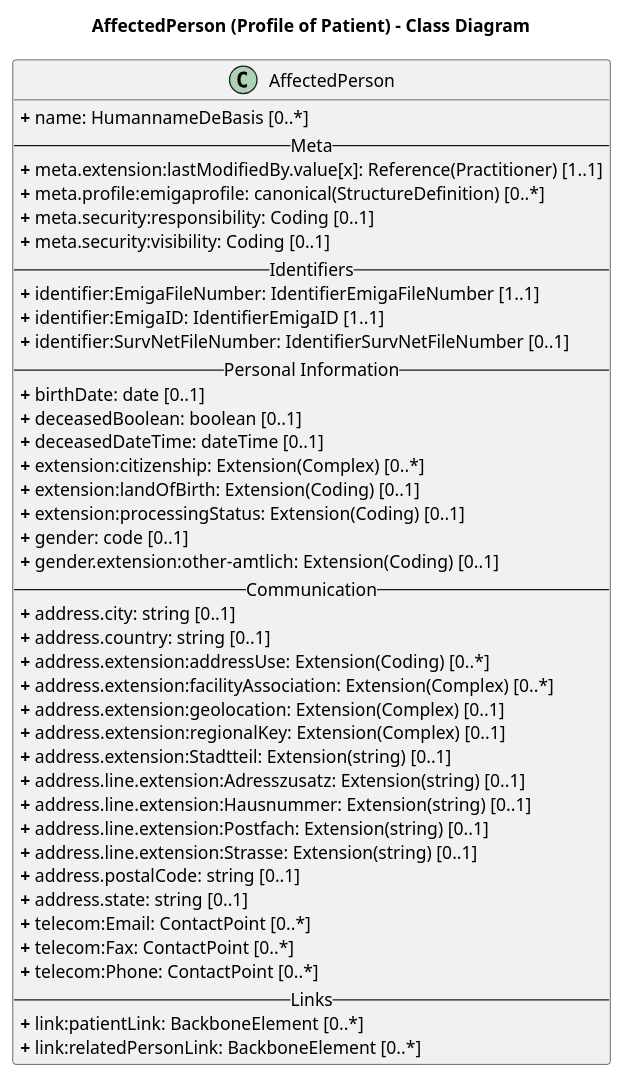
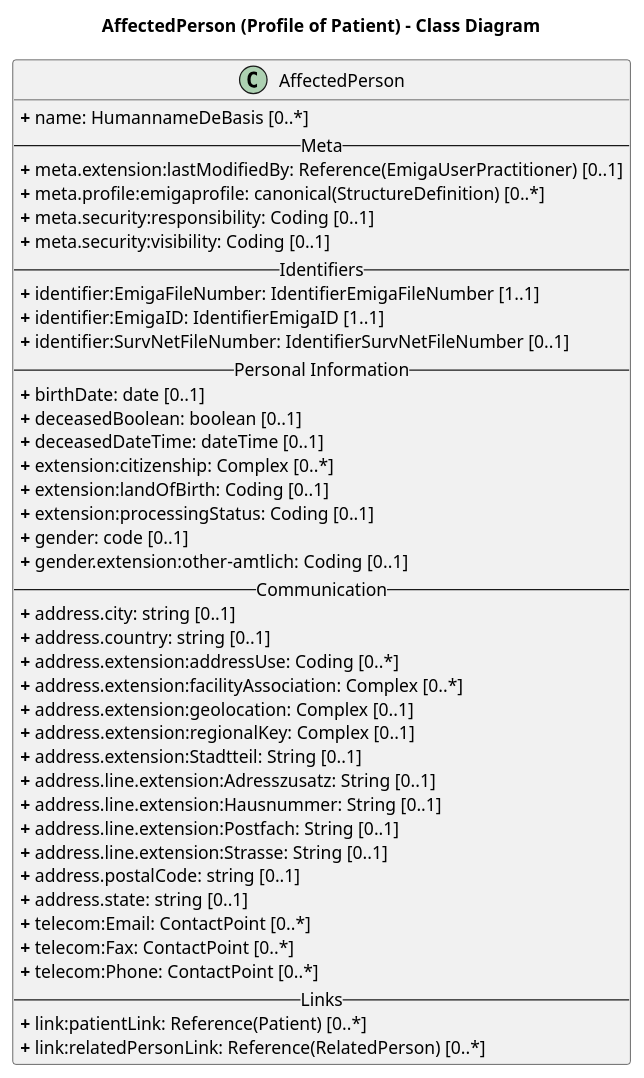
Before and after one commit to robert-koch-institut/rki.emiga.common: the diagram in rki.emiga.common/PlantUML/AffectedPerson.puml, drawn with PlantUML. The commit also changed 2 other files, not shown here.

```diff
--- a/rki.emiga.common/PlantUML/AffectedPerson.puml
+++ b/rki.emiga.common/PlantUML/AffectedPerson.puml
@@ -1,50 +1,50 @@
 @startuml
 skinparam linetype ortho
 
 title AffectedPerson (Profile of Patient) - Class Diagram
 
 ' Main Class
 class AffectedPerson{
 <b>+</b> name: HumannameDeBasis [0..*]
 -- Meta --
-<b>+</b> meta.extension:lastModifiedBy.value[x]: Reference(Practitioner) [1..1]
+<b>+</b> meta.extension:lastModifiedBy: Reference(EmigaUserPractitioner) [0..1]
 <b>+</b> meta.profile:emigaprofile: canonical(StructureDefinition) [0..*]
 <b>+</b> meta.security:responsibility: Coding [0..1]
 <b>+</b> meta.security:visibility: Coding [0..1]
 -- Identifiers --
 <b>+</b> identifier:EmigaFileNumber: IdentifierEmigaFileNumber [1..1]
 <b>+</b> identifier:EmigaID: IdentifierEmigaID [1..1]
 <b>+</b> identifier:SurvNetFileNumber: IdentifierSurvNetFileNumber [0..1]
 -- Personal Information --
 <b>+</b> birthDate: date [0..1]
 <b>+</b> deceasedBoolean: boolean [0..1]
 <b>+</b> deceasedDateTime: dateTime [0..1]
-<b>+</b> extension:citizenship: Extension(Complex) [0..*]
-<b>+</b> extension:landOfBirth: Extension(Coding) [0..1]
-<b>+</b> extension:processingStatus: Extension(Coding) [0..1]
+<b>+</b> extension:citizenship: Complex [0..*]
+<b>+</b> extension:landOfBirth: Coding [0..1]
+<b>+</b> extension:processingStatus: Coding [0..1]
 <b>+</b> gender: code [0..1]
-<b>+</b> gender.extension:other-amtlich: Extension(Coding) [0..1]
+<b>+</b> gender.extension:other-amtlich: Coding [0..1]
 -- Communication --
 <b>+</b> address.city: string [0..1]
 <b>+</b> address.country: string [0..1]
-<b>+</b> address.extension:addressUse: Extension(Coding) [0..*]
-<b>+</b> address.extension:facilityAssociation: Extension(Complex) [0..*]
-<b>+</b> address.extension:geolocation: Extension(Complex) [0..1]
-<b>+</b> address.extension:regionalKey: Extension(Complex) [0..1]
-<b>+</b> address.extension:Stadtteil: Extension(string) [0..1]
-<b>+</b> address.line.extension:Adresszusatz: Extension(string) [0..1]
-<b>+</b> address.line.extension:Hausnummer: Extension(string) [0..1]
-<b>+</b> address.line.extension:Postfach: Extension(string) [0..1]
-<b>+</b> address.line.extension:Strasse: Extension(string) [0..1]
+<b>+</b> address.extension:addressUse: Coding [0..*]
+<b>+</b> address.extension:facilityAssociation: Complex [0..*]
+<b>+</b> address.extension:geolocation: Complex [0..1]
+<b>+</b> address.extension:regionalKey: Complex [0..1]
+<b>+</b> address.extension:Stadtteil: String [0..1]
+<b>+</b> address.line.extension:Adresszusatz: String [0..1]
+<b>+</b> address.line.extension:Hausnummer: String [0..1]
+<b>+</b> address.line.extension:Postfach: String [0..1]
+<b>+</b> address.line.extension:Strasse: String [0..1]
 <b>+</b> address.postalCode: string [0..1]
 <b>+</b> address.state: string [0..1]
 <b>+</b> telecom:Email: ContactPoint [0..*]
 <b>+</b> telecom:Fax: ContactPoint [0..*]
 <b>+</b> telecom:Phone: ContactPoint [0..*]
 -- Links --
-<b>+</b> link:patientLink: BackboneElement [0..*]
-<b>+</b> link:relatedPersonLink: BackboneElement [0..*]
+<b>+</b> link:patientLink: Reference(Patient) [0..*]
+<b>+</b> link:relatedPersonLink: Reference(RelatedPerson) [0..*]
 }
 
 
 @enduml
```
